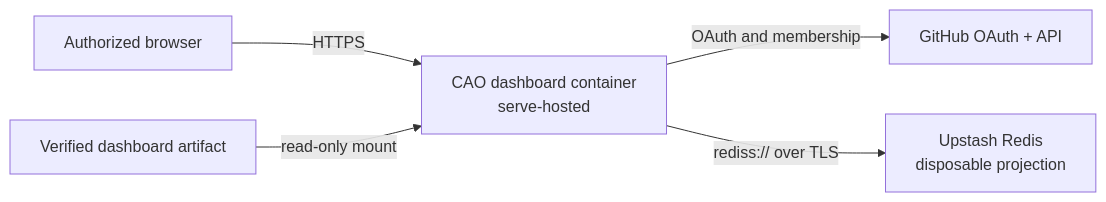
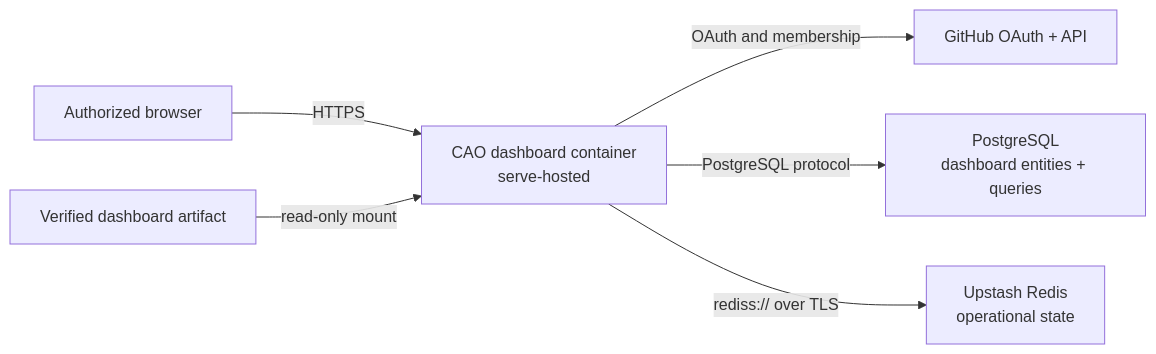
One commit to githubnext/gh-aw-cao changed the diagram in docs/deployment-upstash.md. Above: the diagram before and after it, drawn with Mermaid. The commit also changed other lines of this file and 14 other files, not shown here.

````diff
--- a/docs/deployment-upstash.md
+++ b/docs/deployment-upstash.md
@@ -22,7 +26,8 @@
 ```mermaid
 flowchart LR
   Browser["Authorized browser"] -->|"HTTPS"| Host["CAO dashboard container<br/>serve-hosted"]
   Host -->|"OAuth and membership"| GitHub["GitHub OAuth + API"]
-  Host -->|"rediss:// over TLS"| Upstash["Upstash Redis<br/>disposable projection"]
+  Host -->|"PostgreSQL protocol"| Postgres["PostgreSQL<br/>dashboard entities + queries"]
+  Host -->|"rediss:// over TLS"| Upstash["Upstash Redis<br/>operational state"]
   Artifact["Verified dashboard artifact"] -->|"read-only mount"| Host
 ```
````
